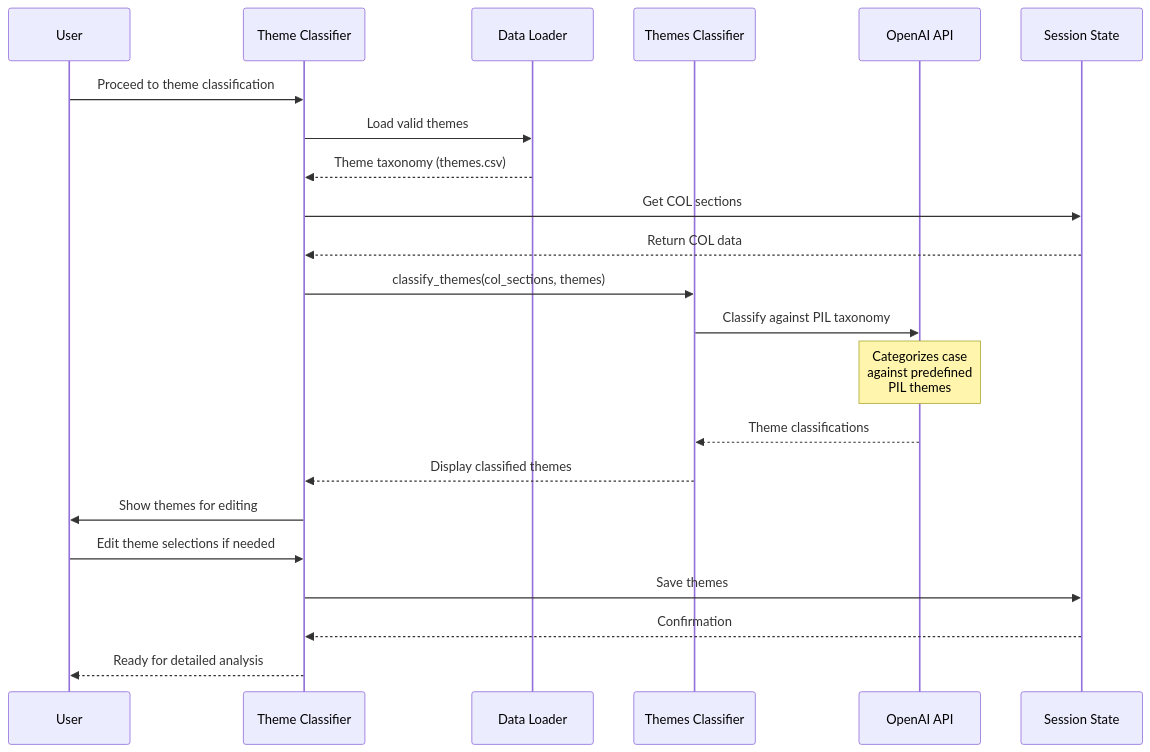
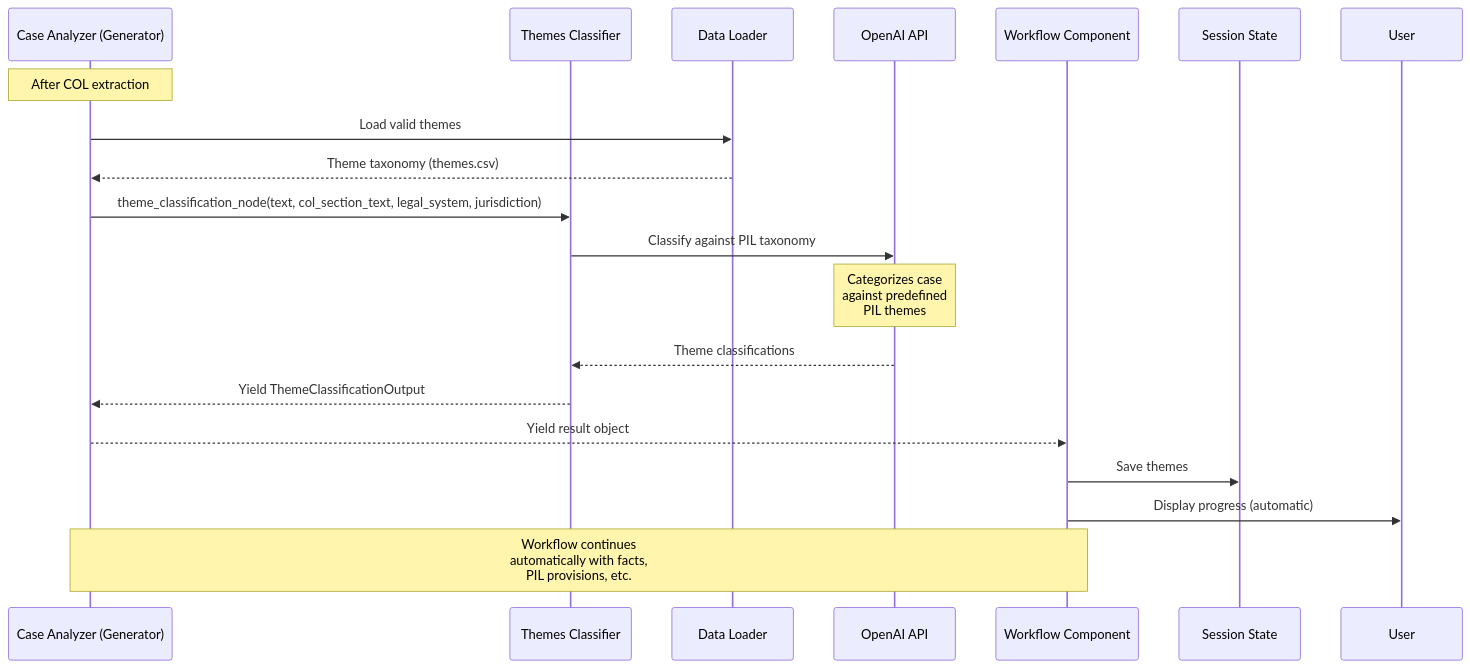
Before and after one commit to Choice-of-Law-Dataverse/cold-case-analysis: the sixth of 8 diagrams in docs/WORKFLOWS.md, drawn with Mermaid. The commit also changed other lines of this file, not shown here.

Commit message:
Update WORKFLOWS.md documentation with new generator pattern and parameter names

````diff
--- a/docs/WORKFLOWS.md
+++ b/docs/WORKFLOWS.md
@@ -306,29 +321,25 @@
 ```mermaid
 sequenceDiagram
-    participant User
-    participant UI as Theme Classifier
+    participant Generator as Case Analyzer (Generator)
+    participant Tool as Themes Classifier
     participant Data as Data Loader
-    participant Tool as Themes Classifier
     participant LLM as OpenAI API
+    participant UI as Workflow Component
     participant State as Session State
 
-    User->>UI: Proceed to theme classification
-    UI->>Data: Load valid themes
-    Data-->>UI: Theme taxonomy (themes.csv)
+    Note over Generator: After COL extraction
+    Generator->>Data: Load valid themes
+    Data-->>Generator: Theme taxonomy (themes.csv)
     
-    UI->>State: Get COL sections
-    State-->>UI: Return COL data
-    
-    UI->>Tool: classify_themes(col_sections, themes)
+    Generator->>Tool: theme_classification_node(text, col_section_text, legal_system, jurisdiction)
     Tool->>LLM: Classify against PIL taxonomy
     Note over LLM: Categorizes case<br/>against predefined<br/>PIL themes
     LLM-->>Tool: Theme classifications
     
-    Tool-->>UI: Display classified themes
-    UI->>User: Show themes for editing
-    User->>UI: Edit theme selections if needed
-
+    Tool-->>Generator: Yield ThemeClassificationOutput
+    Generator-->>UI: Yield result object
     UI->>State: Save themes
-    State-->>UI: Confirmation
-    UI-->>User: Ready for detailed analysis
+    UI->>User: Display progress (automatic)
+    
+    Note over Generator,UI: Workflow continues<br/>automatically with facts,<br/>PIL provisions, etc.
 ```
````
